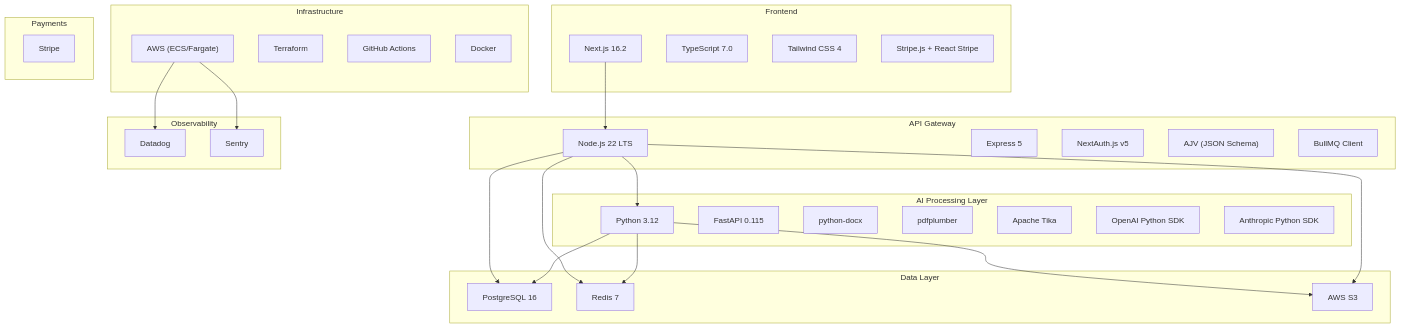
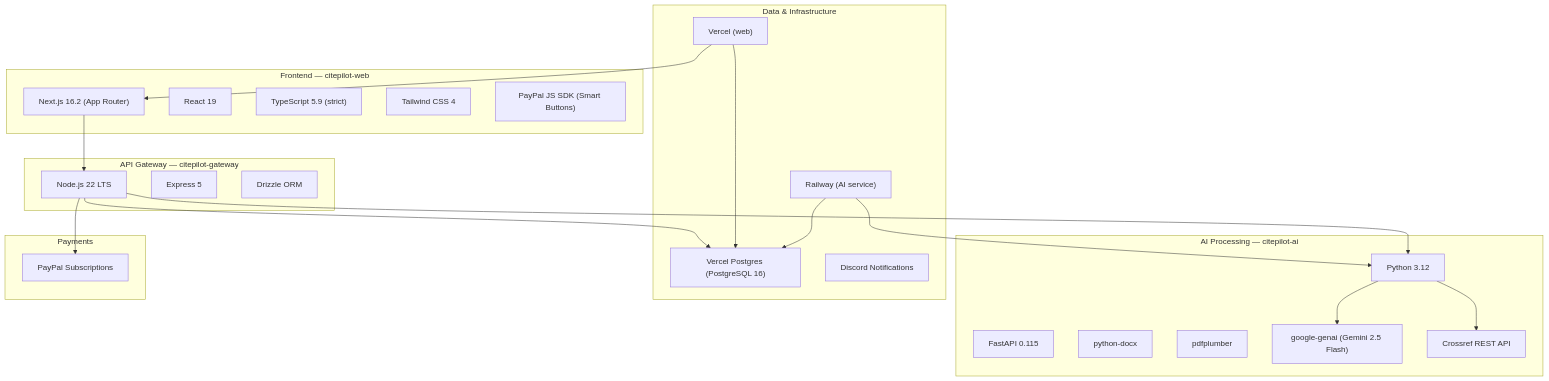
One commit to Faithmanex/citepilot changed the diagram in 03-technical-architecture/11-technology-stack.md. Above: the diagram before and after it, drawn with Mermaid. The commit also changed other lines of this file and 32 other files, not shown here.

Commit message:
docs(truthfulness): align architecture, security, legal, and ops docs with live MVP stack

````diff
--- a/03-technical-architecture/11-technology-stack.md
+++ b/03-technical-architecture/11-technology-stack.md
@@ -20,60 +20,47 @@
 ```mermaid
 graph TB
-    subgraph "Frontend"
-        NEXT["Next.js 16.2"]
-        TS["TypeScript 7.0"]
+    subgraph "Frontend — citepilot-web"
+        NEXT["Next.js 16.2 (App Router)"]
+        REACT["React 19"]
+        TS["TypeScript 5.9 (strict)"]
         TW["Tailwind CSS 4"]
-        STRIPE_JS["Stripe.js + React Stripe"]
+        PAYPAL_JS["PayPal JS SDK (Smart Buttons)"]
     end
 
-    subgraph "API Gateway"
+    subgraph "API Gateway — citepilot-gateway"
         NODE["Node.js 22 LTS"]
         EXPRESS["Express 5"]
-        NEXTAUTH["NextAuth.js v5"]
-        AJV["AJV (JSON Schema)"]
-        BULLMQ_C["BullMQ Client"]
+        DRIZZLE["Drizzle ORM"]
     end
 
-    subgraph "AI Processing Layer"
+    subgraph "AI Processing — citepilot-ai"
         PYTHON["Python 3.12"]
         FASTAPI["FastAPI 0.115"]
         DOCX["python-docx"]
         PDF["pdfplumber"]
-        TIKA["Apache Tika"]
-        OPENAI_SDK["OpenAI Python SDK"]
-        ANTHROPIC_SDK["Anthropic Python SDK"]
+        GENAI["google-genai (Gemini 2.5 Flash)"]
+        CROSSREF["Crossref REST API"]
     end
 
-    subgraph "Data Layer"
-        PG["PostgreSQL 16"]
-        REDIS["Redis 7"]
-        S3_SDK["AWS S3"]
-    end
-
-    subgraph "Infrastructure"
-        AWS["AWS (ECS/Fargate)"]
-        TF["Terraform"]
-        GHA["GitHub Actions"]
-        DOCKER["Docker"]
-    end
-
-    subgraph "Observability"
-        DD["Datadog"]
-        SENTRY["Sentry"]
+    subgraph "Data & Infrastructure"
+        PG["Vercel Postgres (PostgreSQL 16)"]
+        VERCEL["Vercel (web)"]
+        RAILWAY["Railway (AI service)"]
+        DISCB["Discord Notifications"]
     end
 
     subgraph "Payments"
-        STRIPE["Stripe"]
+        PAYPAL["PayPal Subscriptions"]
     end
 
     NEXT --> NODE
     NODE --> PYTHON
     NODE --> PG
-    NODE --> REDIS
-    PYTHON --> PG
-    PYTHON --> REDIS
-    PYTHON --> S3_SDK
-    NODE --> S3_SDK
-    AWS --> DD
-    AWS --> SENTRY
+    PYTHON --> GENAI
+    PYTHON --> CROSSREF
+    NODE --> PAYPAL
+    VERCEL --> NEXT
+    RAILWAY --> PYTHON
+    VERCEL --> PG
+    RAILWAY --> PG
 ```
````
